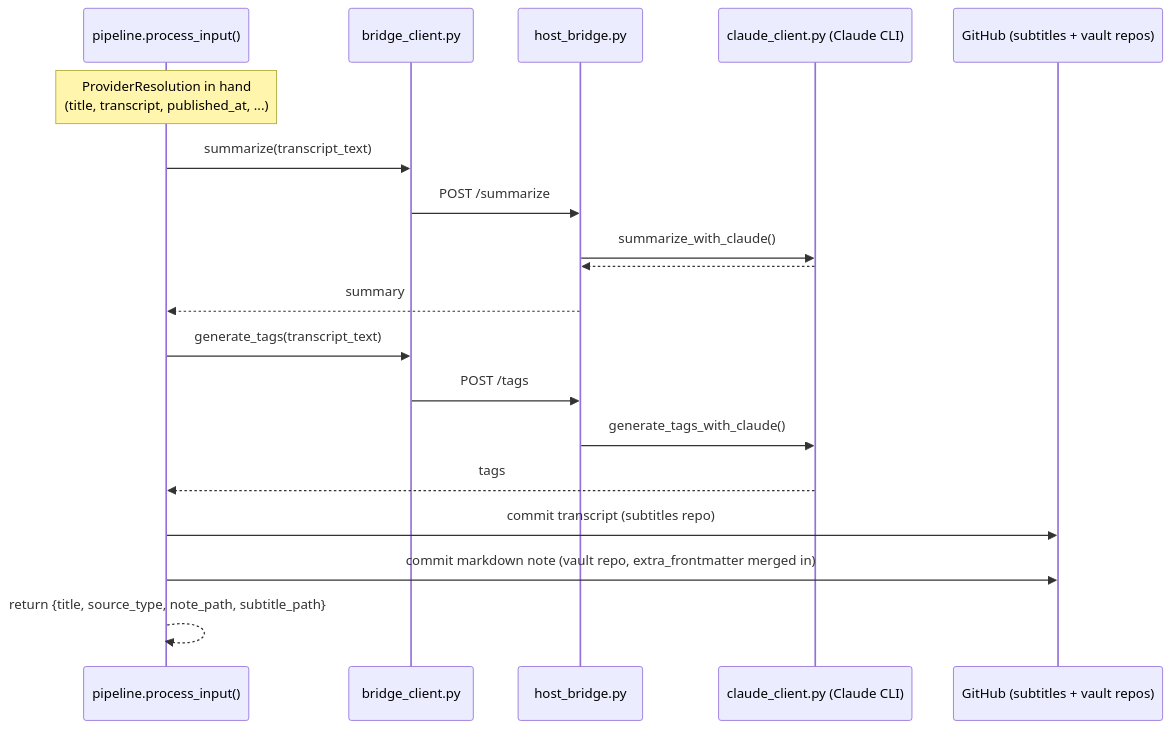
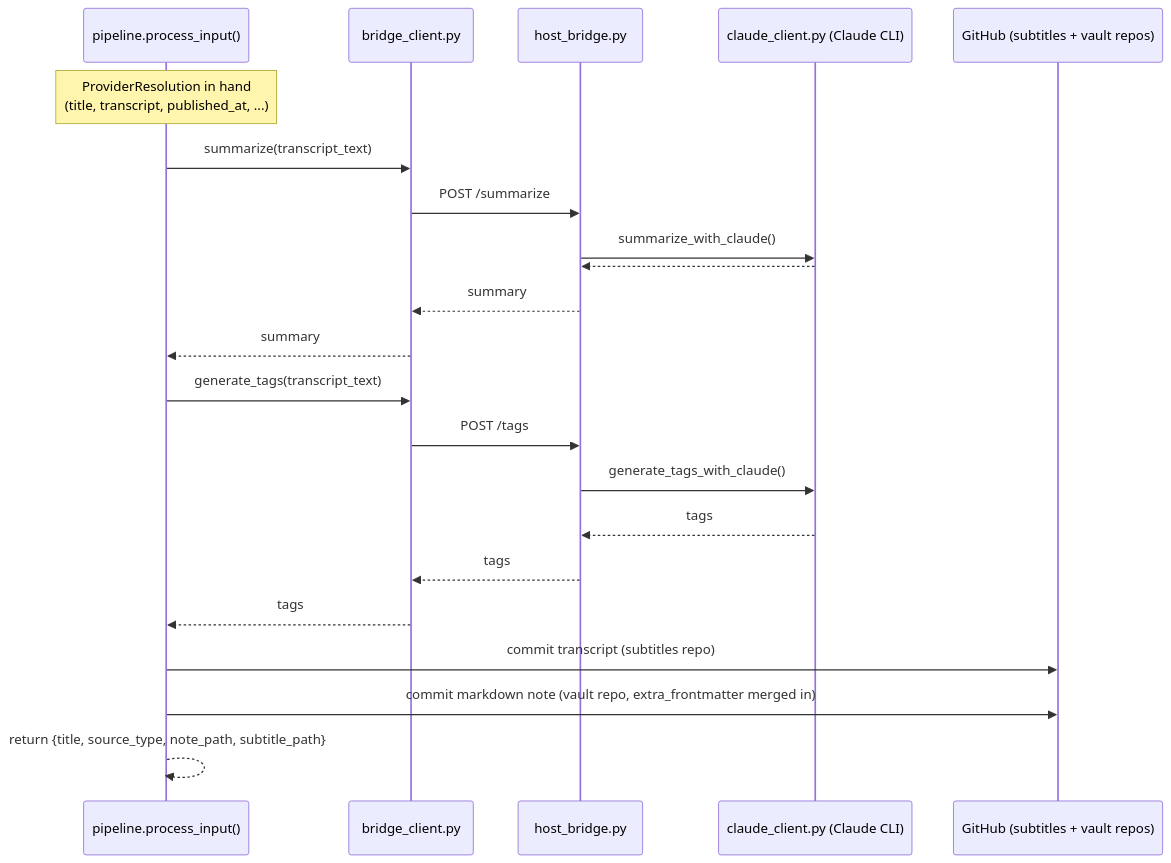
One commit to s1nack-dev/media-2-obsidian changed the sixth of 7 diagrams in docs/architecture.md. Above: the diagram before and after it, drawn with Mermaid. The commit also changed other lines of this file, not shown here.

First line of the commit message:
fix: correct architecture diagrams and secrets documentation

````diff
--- a/docs/architecture.md
+++ b/docs/architecture.md
@@ -256,22 +257,25 @@
 ```mermaid
 sequenceDiagram
     participant P as pipeline.process_input()
     participant BC as bridge_client.py
     participant HB as host_bridge.py
     participant CC as claude_client.py (Claude CLI)
     participant GH as GitHub (subtitles + vault repos)
 
     Note over P: ProviderResolution in hand<br/>(title, transcript, published_at, ...)
     P->>BC: summarize(transcript_text)
     BC->>HB: POST /summarize
     HB->>CC: summarize_with_claude()
     CC-->>HB: ## SUMMARY ...
-    HB-->>P: summary
+    HB-->>BC: summary
+    BC-->>P: summary
     P->>BC: generate_tags(transcript_text)
     BC->>HB: POST /tags
     HB->>CC: generate_tags_with_claude()
-    CC-->>P: tags
+    CC-->>HB: tags
+    HB-->>BC: tags
+    BC-->>P: tags
     P->>GH: commit transcript (subtitles repo)
     P->>GH: commit markdown note (vault repo, extra_frontmatter merged in)
     P-->>P: return {title, source_type, note_path, subtitle_path}
 ```
````
